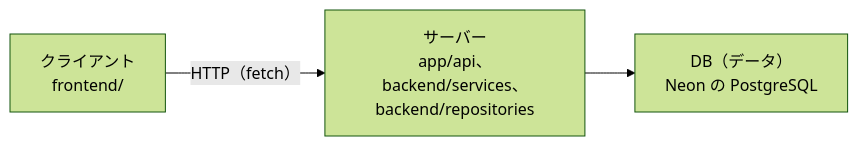
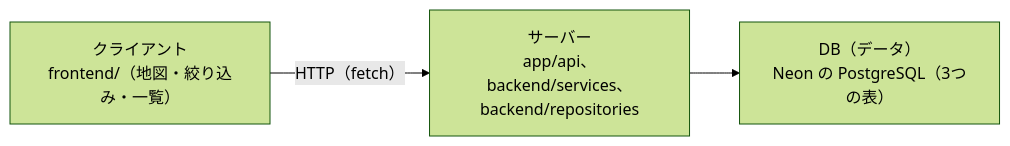
Before and after one commit to CROSS9111/opendata-app-db: the diagram in README.md, drawn with Mermaid (forest theme). The commit also changed other lines of this file and 22 other files, not shown here.

First line of the commit message:
本物のデータの版：国土地理院の指定緊急避難場所（静岡市402か所）を3つの表に分けて入れ、地図と種類ごとの件数つきの絞り込みを足す

````diff
--- a/README.md
+++ b/README.md
@@ -16,5 +19,5 @@
 ```mermaid
 flowchart LR
-  C["クライアント<br/>frontend/"] -- "HTTP（fetch）" --> S["サーバー<br/>app/api、backend/services、backend/repositories"]
-  S --> D["DB（データ）<br/>Neon の PostgreSQL"]
+  C["クライアント<br/>frontend/（地図・絞り込み・一覧）"] -- "HTTP（fetch）" --> S["サーバー<br/>app/api、backend/services、backend/repositories"]
+  S --> D["DB（データ）<br/>Neon の PostgreSQL（3つの表）"]
 ```
````
